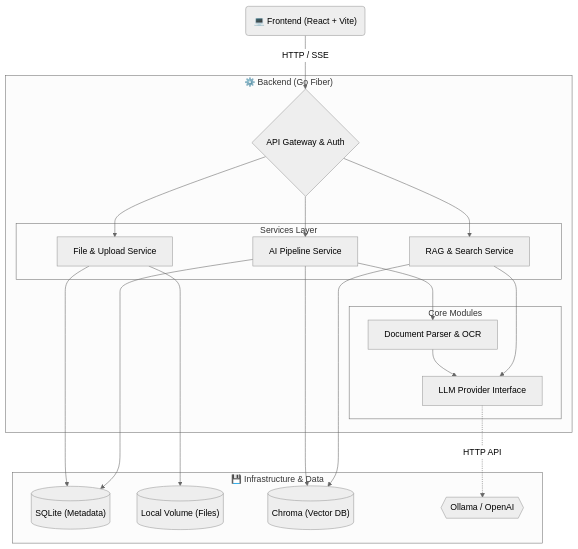
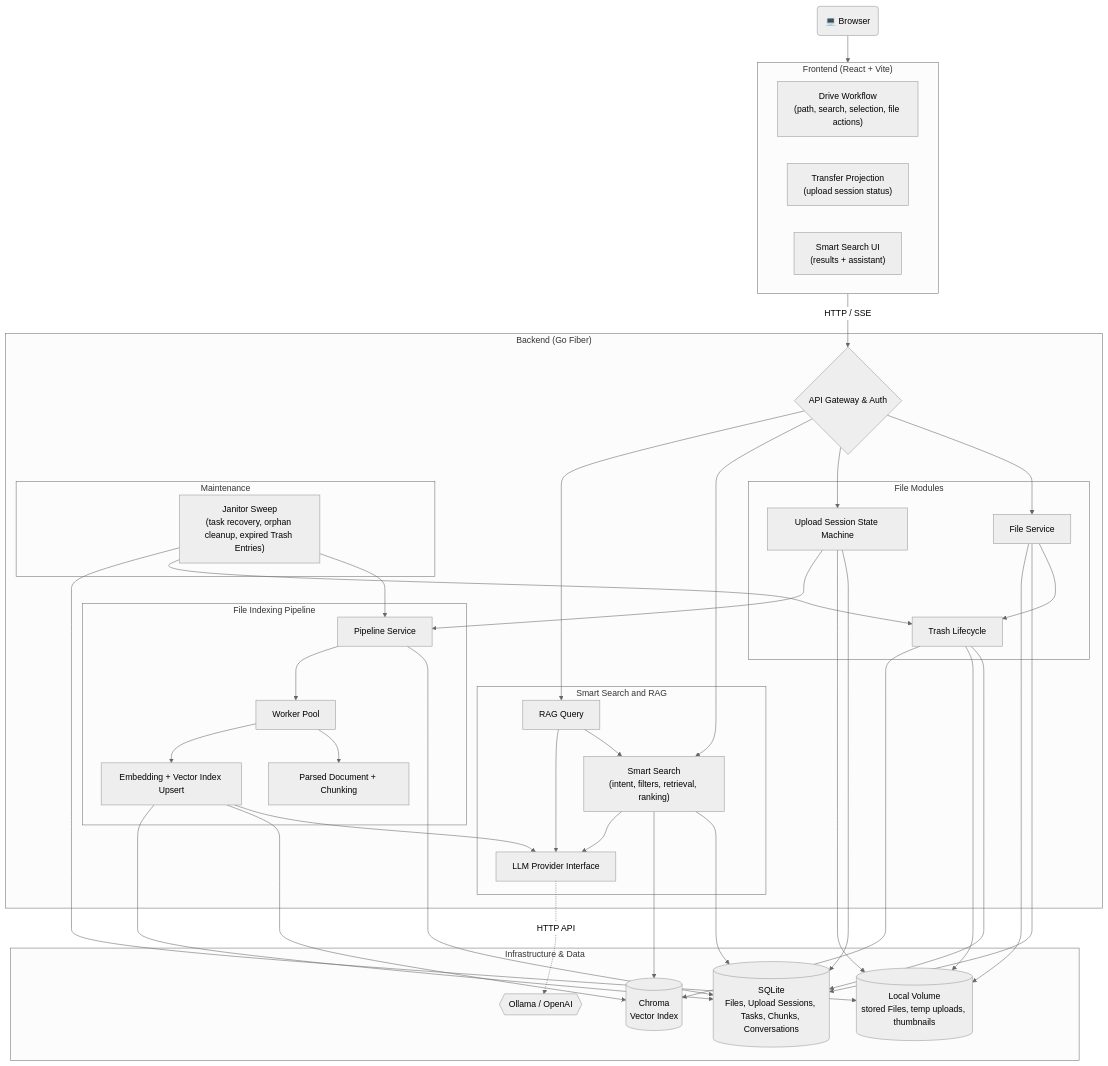
Before and after one commit to memo-drive/memo-drive: the diagram in README.md, drawn with Mermaid (neutral theme). The commit also changed other lines of this file and 55 other files, not shown here.

First line of the commit message:
🔧 chore: enhance upload session management and pipeline task recovery

````diff
--- a/README.md
+++ b/README.md
@@ -29,42 +33,81 @@
 ```mermaid
 flowchart TB
-    Client("💻 Frontend (React + Vite)")
+    Client("💻 Browser")
 
-    subgraph Backend ["⚙️ Backend (Go Fiber)"]
+    subgraph Frontend ["Frontend (React + Vite)"]
+        Drive["Drive Workflow\n(path, search, selection, file actions)"]
+        Transfer["Transfer Projection\n(upload session status)"]
+        SmartUI["Smart Search UI\n(results + assistant)"]
+    end
+
+    subgraph Backend ["Backend (Go Fiber)"]
         Gateway{"API Gateway & Auth"}
 
-        subgraph Services ["Services Layer"]
-            FileSvc["File & Upload Service"]
-            PipeSvc["AI Pipeline Service"]
-            RAGSvc["RAG & Search Service"]
+        subgraph FileModules ["File Modules"]
+            FileSvc["File Service"]
+            Trash["Trash Lifecycle"]
+            Upload["Upload Session State Machine"]
         end
 
-        subgraph Core ["Core Modules"]
-            Parser["Document Parser & OCR"]
+        subgraph PipelineModules ["File Indexing Pipeline"]
+            PipeSvc["Pipeline Service"]
+            Worker["Worker Pool"]
+            Parser["Parsed Document + Chunking"]
+            Indexer["Embedding + Vector Index Upsert"]
+        end
+
+        subgraph SearchModules ["Smart Search and RAG"]
+            Search["Smart Search\n(intent, filters, retrieval, ranking)"]
+            RAG["RAG Query"]
             LLM["LLM Provider Interface"]
+        end
+
+        subgraph Maintenance ["Maintenance"]
+            Janitor["Janitor Sweep\n(task recovery, orphan cleanup, expired Trash Entries)"]
         end
     end
 
-    subgraph Storage ["💾 Infrastructure & Data"]
-        DB[("SQLite (Metadata)")]
-        Files[("Local Volume (Files)")]
-        Chroma[("Chroma (Vector DB)")]
+    subgraph Storage ["Infrastructure & Data"]
+        DB[("SQLite\nFiles, Upload Sessions, Tasks, Chunks, Conversations")]
+        Files[("Local Volume\nstored Files, temp uploads, thumbnails")]
+        Chroma[("Chroma\nVector Index")]
         Ollama{{"Ollama / OpenAI"}}
     end
 
-    Client -- "HTTP / SSE" --> Gateway
-    Gateway --> FileSvc & PipeSvc & RAGSvc
+    Client --> Frontend
+    Frontend -- "HTTP / SSE" --> Gateway
 
+    Gateway --> FileSvc
+    Gateway --> Upload
+    Gateway --> Search
+    Gateway --> RAG
+
+    FileSvc --> Trash
     FileSvc --> DB
     FileSvc --> Files
+    Upload --> DB
+    Upload --> Files
+    Upload --> PipeSvc
 
-    PipeSvc --> Parser
-    Parser --> LLM
-    PipeSvc --> Chroma
     PipeSvc --> DB
+    PipeSvc --> Worker
+    Worker --> Parser
+    Worker --> Indexer
+    Indexer --> LLM
+    Indexer --> Chroma
+    Indexer --> DB
 
-    RAGSvc --> Chroma
-    RAGSvc --> LLM
+    Search --> DB
+    Search --> Chroma
+    Search --> LLM
+    RAG --> Search
+    RAG --> LLM
 
+    Trash --> DB
+    Trash --> Files
+    Trash --> Chroma
+    Janitor --> PipeSvc
+    Janitor --> Trash
+    Janitor --> Files
     LLM -. "HTTP API" .-> Ollama
 ```
````
